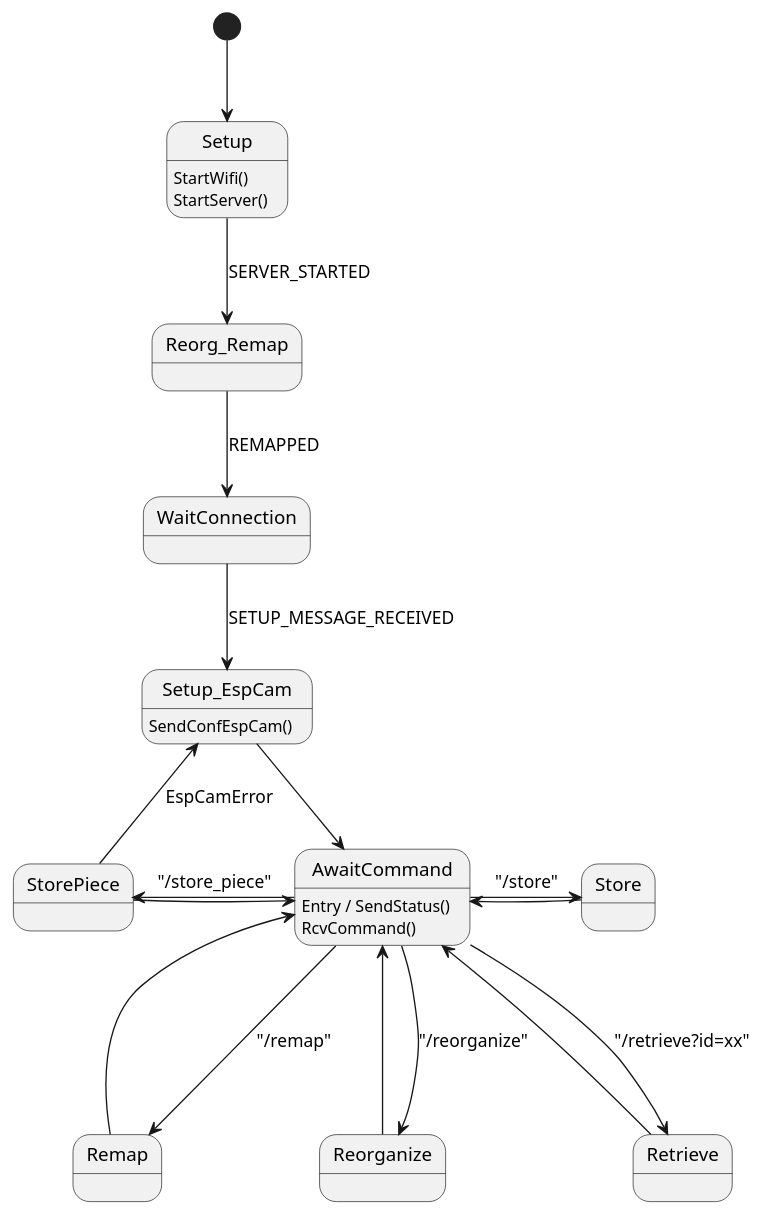
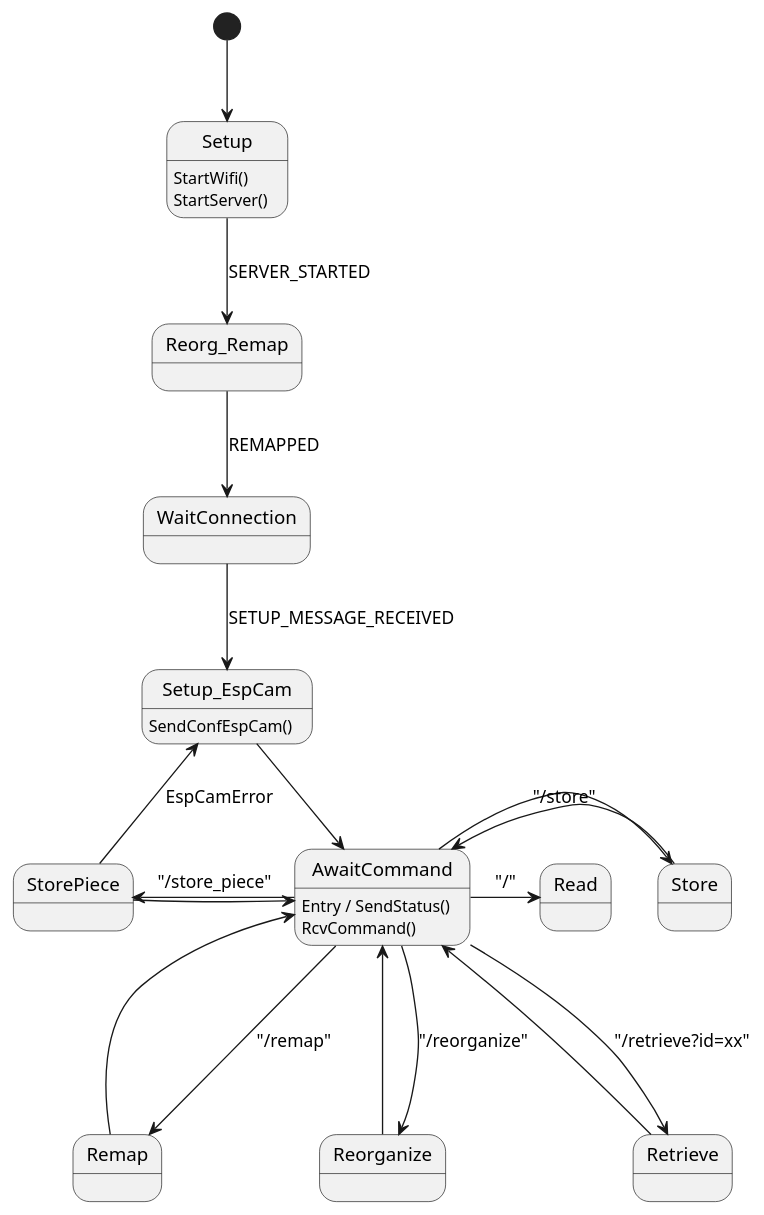
The diagram in docs/Design/EmbeddedSoftware/fsm.plantuml (walger-lucas/SPARtS), drawn with PlantUML before and after one commit. The commit also changed 16 other files, not shown here.

Commit message:
class diagrams and hardware diagrams

```diff
--- a/docs/Design/EmbeddedSoftware/fsm.plantuml
+++ b/docs/Design/EmbeddedSoftware/fsm.plantuml
@@ -1,37 +1,38 @@
-@startuml
+@startuml fsm
 [*] --> Setup
 Setup: StartWifi()
 Setup: StartServer()
 
  Setup --> Reorg_Remap : SERVER_STARTED
  Reorg_Remap --> WaitConnection : REMAPPED
  WaitConnection --> Setup_EspCam : SETUP_MESSAGE_RECEIVED
  Setup_EspCam --> AwaitCommand
 Setup_EspCam: SendConfEspCam()
 AwaitCommand ---> Remap : "/remap"
 AwaitCommand ---> Reorganize : "/reorganize"
 AwaitCommand <-- Remap
 AwaitCommand <--- Reorganize
 
 AwaitCommand: Entry / SendStatus()
 AwaitCommand: RcvCommand()
 
 
 
 AwaitCommand <-r- StorePiece
 AwaitCommand -[hidden]l-> StorePiece      
 AwaitCommand -l-> StorePiece : "/store_piece"
 
 StorePiece -u-> Setup_EspCam : EspCamError
 
 AwaitCommand <-r- Store
 AwaitCommand <-[hidden]r- Store
 AwaitCommand -r-> Store : "/store"
 
 
 AwaitCommand <--- Retrieve 
 AwaitCommand ---> Retrieve : "/retrieve?id=xx"
+AwaitCommand -> Read : "/"
 
 
 
 @enduml
```
